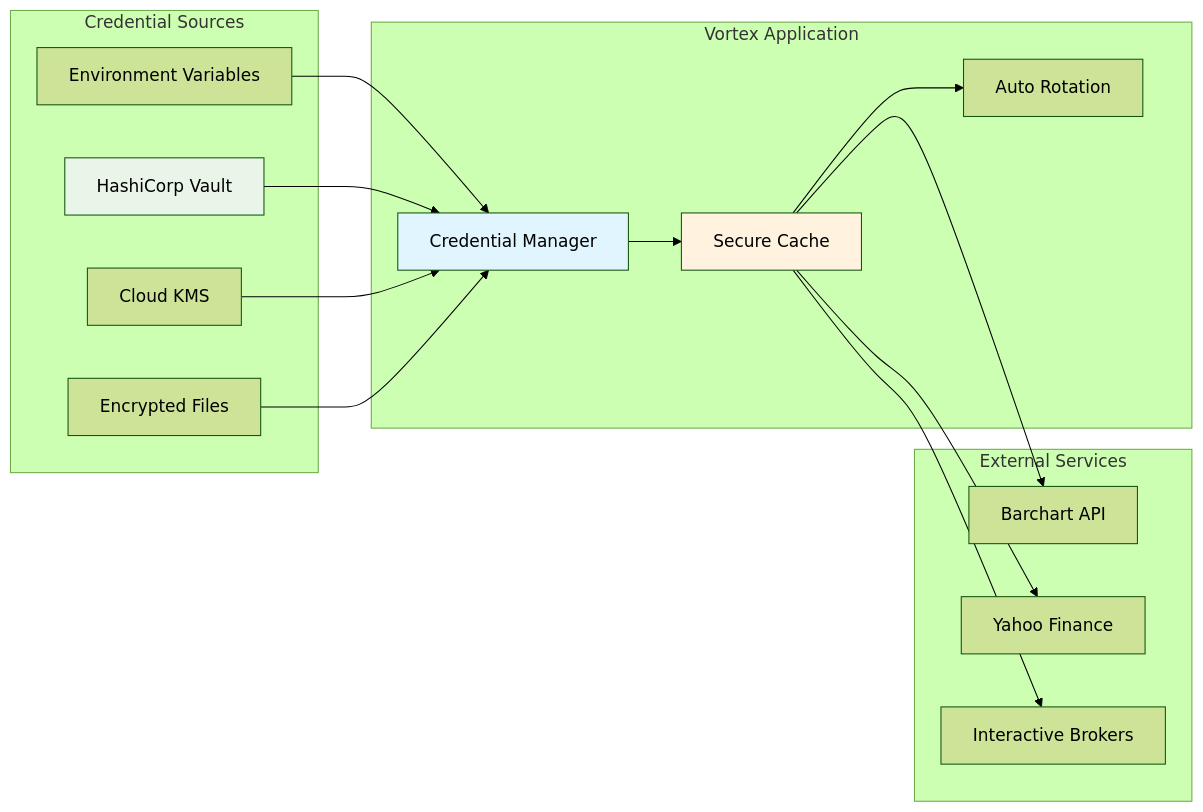
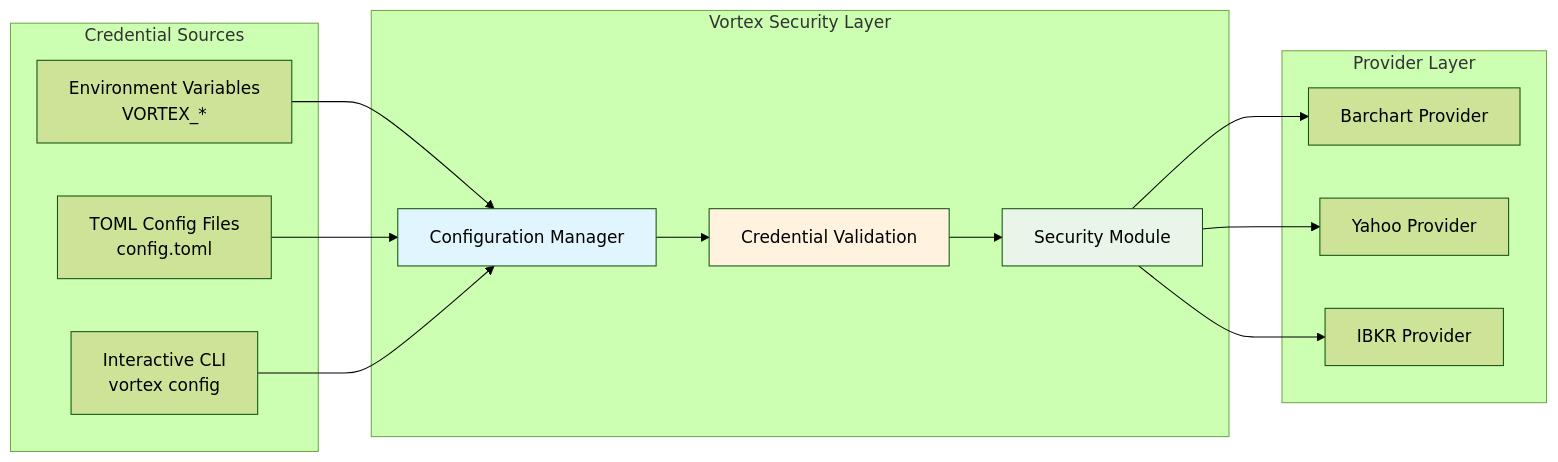
Before and after one commit to makutaku/vortex: the second of 3 diagrams in docs/design/hld/06-security-design.md, drawn with Mermaid (forest theme). The commit also changed other lines of this file and 2 other files, not shown here.

First line of the commit message:
Update security design docs to reflect current codebase implementation

````diff
--- a/docs/design/hld/06-security-design.md
+++ b/docs/design/hld/06-security-design.md
@@ -60,37 +63,35 @@
 ```mermaid
 graph LR
     subgraph "Credential Sources"
-        Env[Environment Variables]
-        Vault[HashiCorp Vault]
-        KMS[Cloud KMS]
-        Files[Encrypted Files]
+        Env[Environment Variables<br/>VORTEX_*]
+        TOML[TOML Config Files<br/>config.toml]
+        Interactive[Interactive CLI<br/>vortex config]
     end
     
-    subgraph "Vortex Application"
-        CredMgr[Credential Manager]
-        Cache[Secure Cache]
-        Rotation[Auto Rotation]
+    subgraph "Vortex Security Layer"
+        Validation[Credential Validation]
+        ConfigMgr[Configuration Manager]
+        Security[Security Module]
     end
     
-    subgraph "External Services"
-        Barchart[Barchart API]
-        Yahoo[Yahoo Finance]
-        IBKR[Interactive Brokers]
+    subgraph "Provider Layer"
+        Barchart[Barchart Provider]
+        Yahoo[Yahoo Provider]
+        IBKR[IBKR Provider]
     end
     
-    Env --> CredMgr
-    Vault --> CredMgr
-    KMS --> CredMgr
-    Files --> CredMgr
+    Env --> ConfigMgr
+    TOML --> ConfigMgr
+    Interactive --> ConfigMgr
     
-    CredMgr --> Cache
-    Cache --> Rotation
+    ConfigMgr --> Validation
+    Validation --> Security
     
-    Cache --> Barchart
-    Cache --> Yahoo
-    Cache --> IBKR
+    Security --> Barchart
+    Security --> Yahoo
+    Security --> IBKR
     
-    style CredMgr fill:#e1f5fe
-    style Cache fill:#fff3e0
-    style Vault fill:#e8f5e8
+    style ConfigMgr fill:#e1f5fe
+    style Validation fill:#fff3e0
+    style Security fill:#e8f5e8
 ```
````
